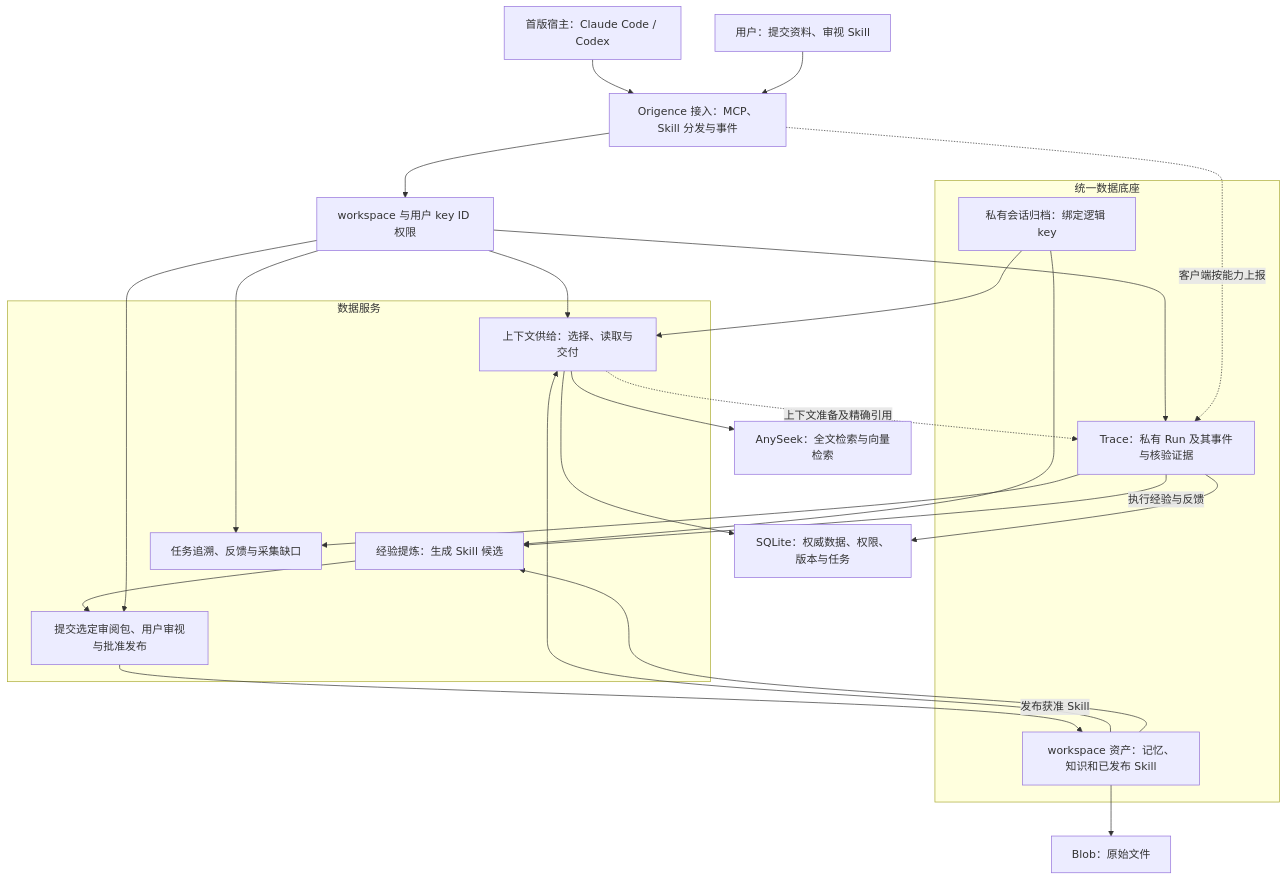
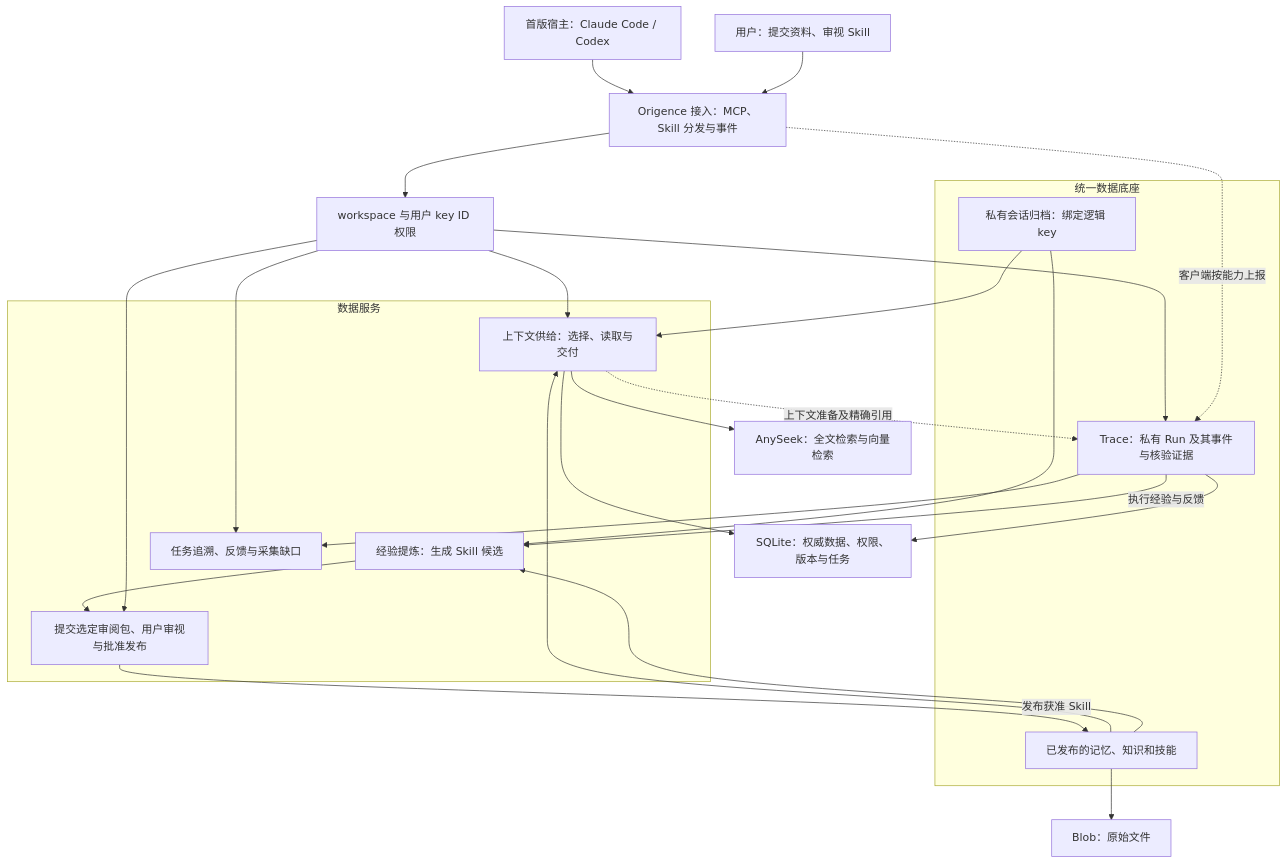
One commit to TheLudlows/Origence changed the first of 2 diagrams in docs/design/agent-data-foundation.md. Above: the diagram before and after it, drawn with Mermaid. The commit also changed other lines of this file and 40 other files, not shown here.

````diff
--- a/docs/design/agent-data-foundation.md
+++ b/docs/design/agent-data-foundation.md
@@ -23,35 +23,35 @@
 ```mermaid
 flowchart TB
     CLIENT[首版宿主：Claude Code / Codex] --> ACCESS[Origence 接入：MCP、Skill 分发与事件]
     USER[用户：提交资料、审视 Skill] --> ACCESS
     ACCESS --> AUTH[workspace 与用户 key ID 权限]
     subgraph DATA[统一数据底座]
         PRIVATE[私有会话归档：绑定逻辑 key]
-        ASSET[workspace 资产：记忆、知识和已发布 Skill]
+        PUBLISHED[已发布的记忆、知识和技能]
         RUN[Trace：私有 Run 及其事件与核验证据]
     end
     subgraph SERVICES[数据服务]
         SERVE[上下文供给：选择、读取与交付]
         LEARN[经验提炼：生成 Skill 候选]
         REVIEW[提交选定审阅包、用户审视与批准发布]
         VIEW[任务追溯、反馈与采集缺口]
     end
-    ASSET --> SERVE
-    ASSET --> LEARN
+    PUBLISHED --> SERVE
+    PUBLISHED --> LEARN
     PRIVATE --> SERVE
     PRIVATE --> LEARN
     LEARN --> REVIEW
-    REVIEW -->|发布获准 Skill| ASSET
+    REVIEW -->|发布获准 Skill| PUBLISHED
     AUTH --> SERVE
     AUTH --> REVIEW
     AUTH --> RUN
     AUTH --> VIEW
     RUN --> VIEW
     SERVE --> SEARCH[AnySeek：全文检索与向量检索]
     SERVE --> STORE[SQLite：权威数据、权限、版本与任务]
-    ASSET --> BLOB[Blob：原始文件]
+    PUBLISHED --> BLOB[Blob：原始文件]
     SERVE -. 上下文准备及精确引用 .-> RUN
     ACCESS -. 客户端按能力上报 .-> RUN
     RUN -->|执行经验与反馈| LEARN
     RUN --> STORE
 ```
````
